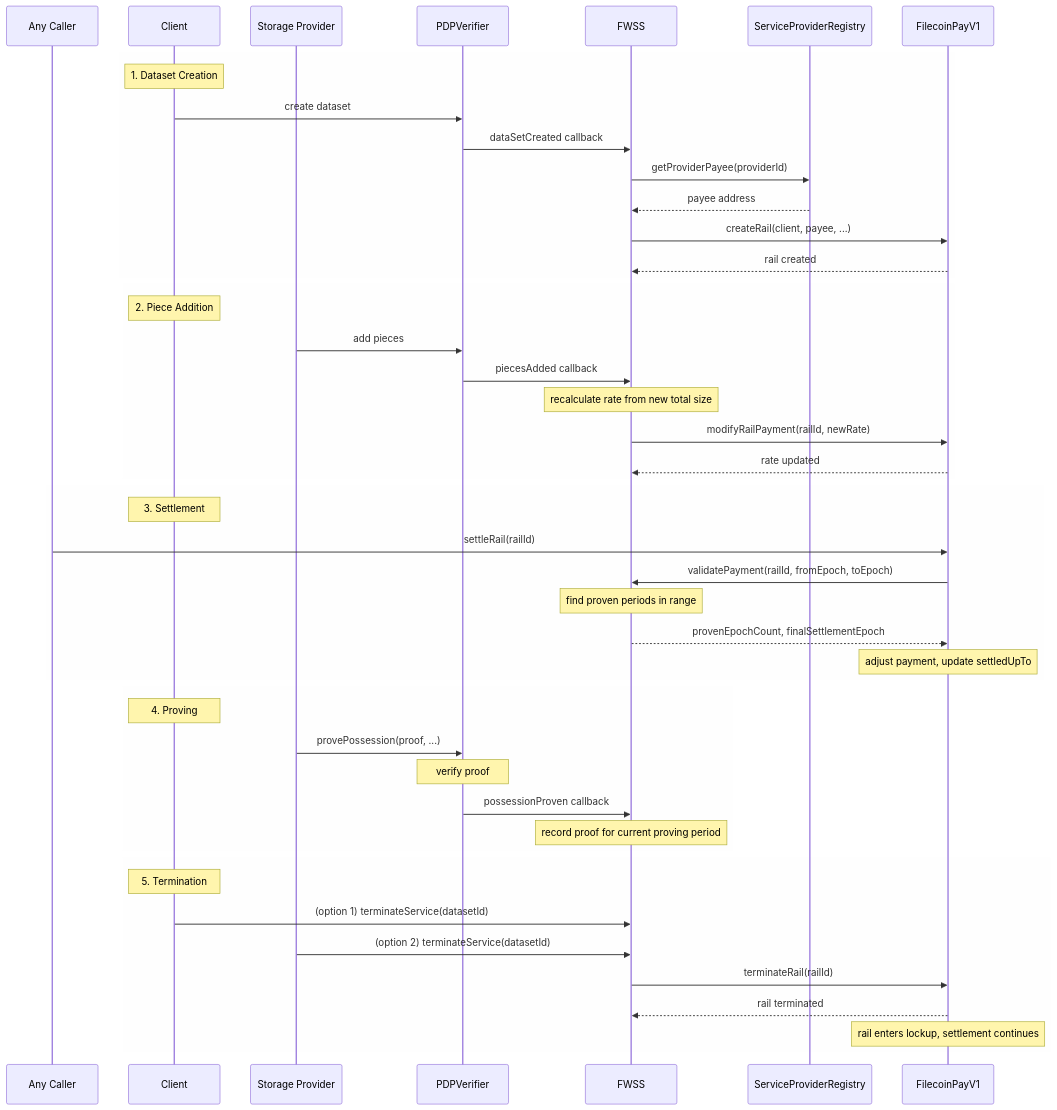
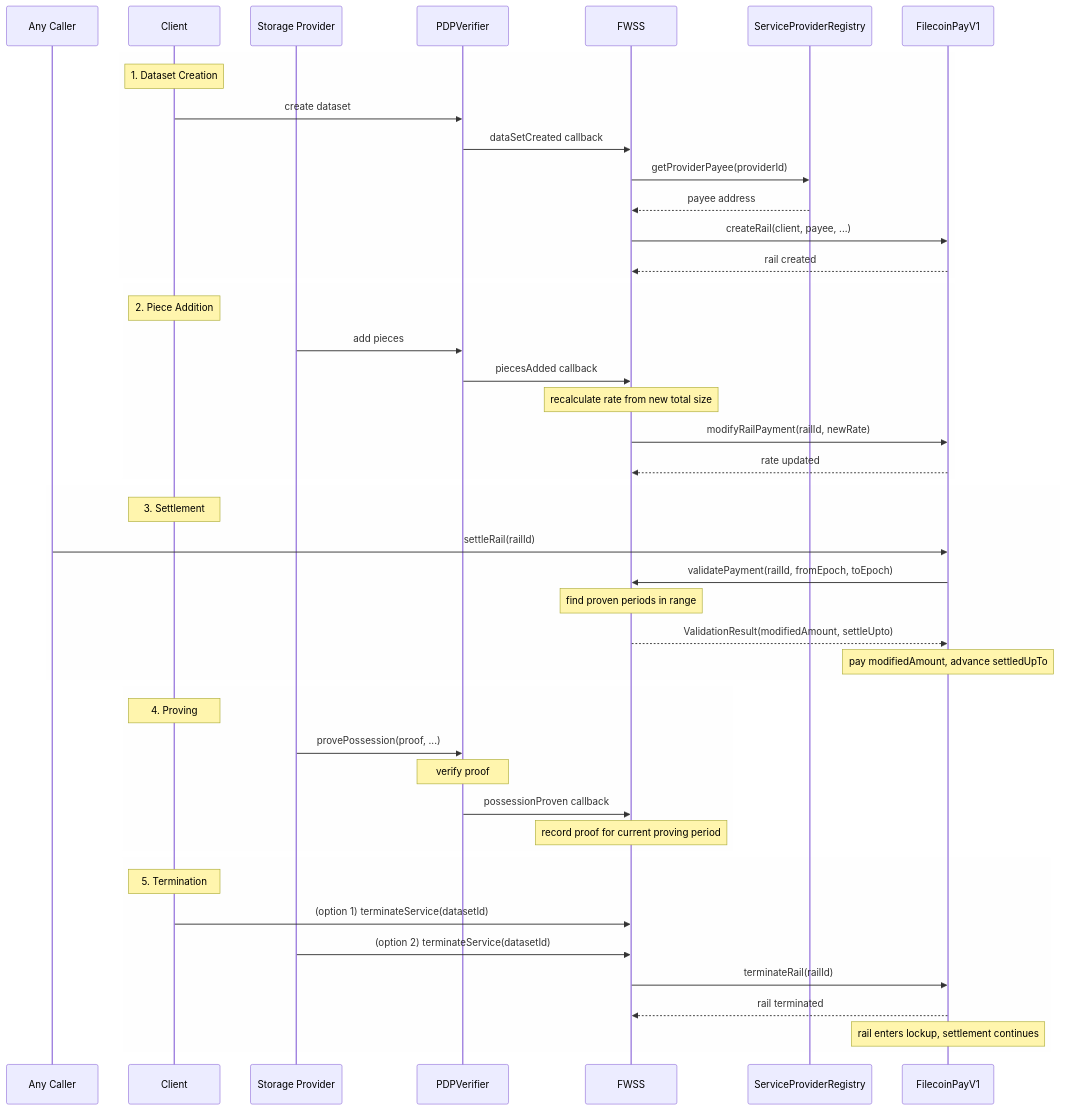
Before and after one commit to FilOzone/filecoin-services: the second of 2 diagrams in SPEC.md, drawn with Mermaid. The commit also changed other lines of this file, not shown here.

First line of the commit message:
docs: add StateView section and fix settlement diagram

````diff
--- a/SPEC.md
+++ b/SPEC.md
@@ -299,55 +301,55 @@
 ```mermaid
 sequenceDiagram
   participant Caller as Any Caller
   participant Client
   participant SP as Storage Provider
   participant PDPVerifier
   participant FWSS
   participant ServiceProviderRegistry
   participant FilecoinPayV1
 
   rect rgba(248, 248, 248, 0.2)
     Note over Client: 1. Dataset Creation
     Client->>PDPVerifier: create dataset
     PDPVerifier->>FWSS: dataSetCreated callback
     FWSS->>ServiceProviderRegistry: getProviderPayee(providerId)
     ServiceProviderRegistry-->>FWSS: payee address
     FWSS->>FilecoinPayV1: createRail(client, payee, ...)
     FilecoinPayV1-->>FWSS: rail created
   end
 
   rect rgba(248, 248, 248, 0.2)
     Note over Client: 2. Piece Addition
     SP->>PDPVerifier: add pieces
     PDPVerifier->>FWSS: piecesAdded callback
     Note over FWSS: recalculate rate from new total size
     FWSS->>FilecoinPayV1: modifyRailPayment(railId, newRate)
     FilecoinPayV1-->>FWSS: rate updated
   end
 
   rect rgba(248, 248, 248, 0.2)
     Note over Client: 3. Settlement
     Caller->>FilecoinPayV1: settleRail(railId)
     FilecoinPayV1->>FWSS: validatePayment(railId, fromEpoch, toEpoch)
     Note over FWSS: find proven periods in range
-    FWSS-->>FilecoinPayV1: provenEpochCount, finalSettlementEpoch
-    Note over FilecoinPayV1: adjust payment, update settledUpTo
+    FWSS-->>FilecoinPayV1: ValidationResult(modifiedAmount, settleUpto)
+    Note over FilecoinPayV1: pay modifiedAmount, advance settledUpTo
   end
 
   rect rgba(248, 248, 248, 0.2)
     Note over Client: 4. Proving
     SP->>PDPVerifier: provePossession(proof, ...)
     Note over PDPVerifier: verify proof
     PDPVerifier->>FWSS: possessionProven callback
     Note over FWSS: record proof for current proving period
   end
 
   rect rgba(248, 248, 248, 0.2)
     Note over Client: 5. Termination
     Client->>FWSS: (option 1) terminateService(datasetId)
     SP->>FWSS: (option 2) terminateService(datasetId)
     FWSS->>FilecoinPayV1: terminateRail(railId)
     FilecoinPayV1-->>FWSS: rail terminated
     Note over FilecoinPayV1: rail enters lockup, settlement continues
   end
 ```
````
